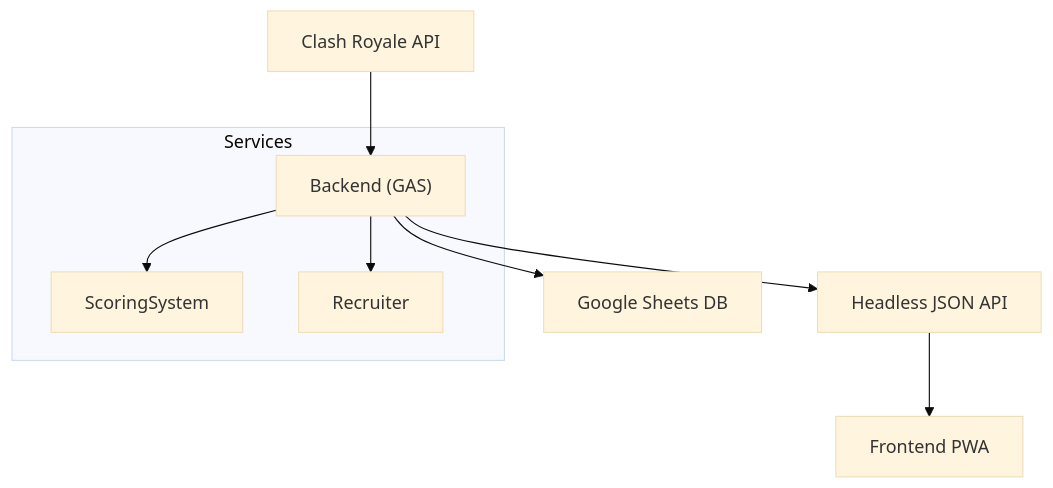
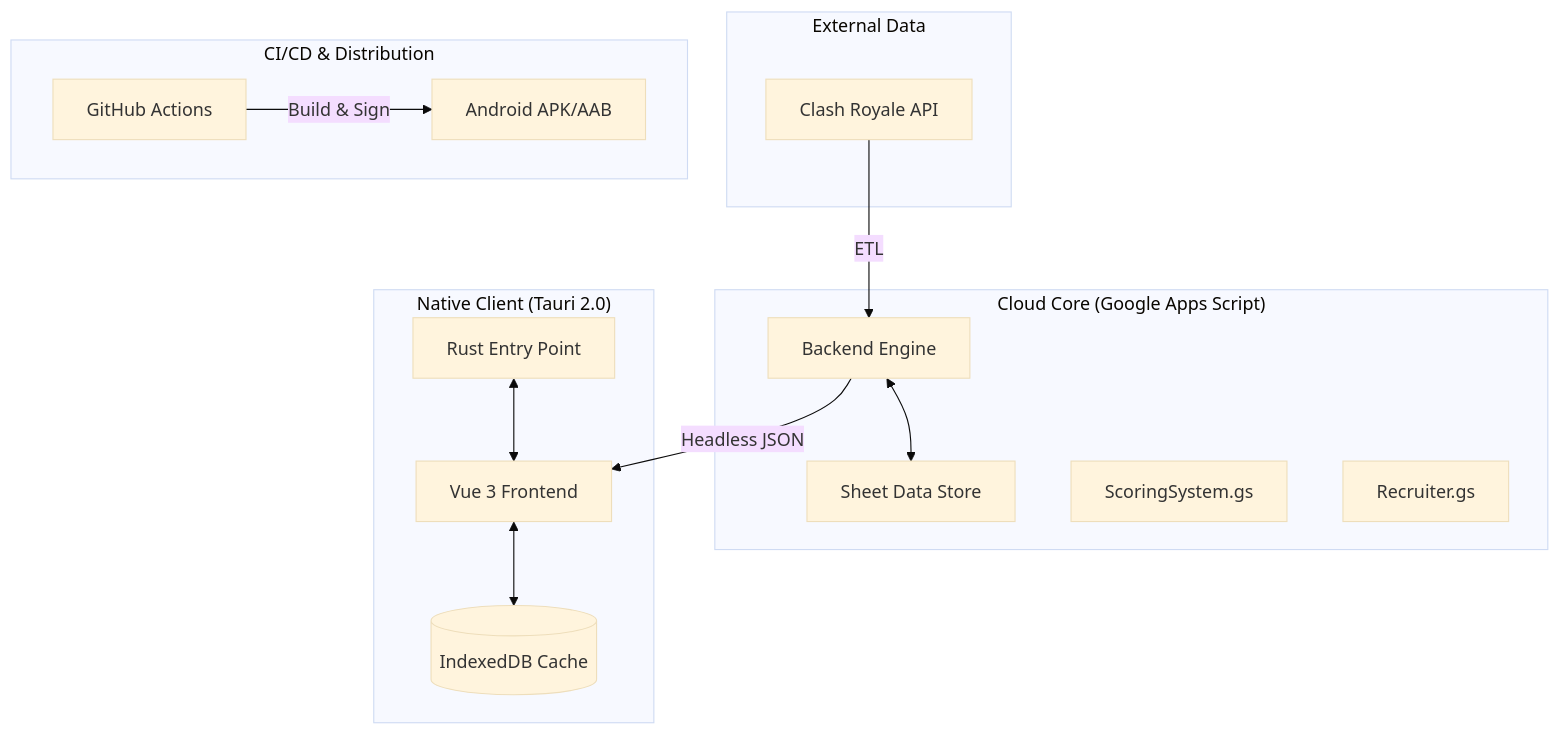
Before and after one commit to AlbiDR/Clash-Manager: the diagram in README.md, drawn with Mermaid (base theme). The commit also changed other lines of this file and 3 other files, not shown here.

````diff
--- a/README.md
+++ b/README.md
@@ -99,12 +13,31 @@
 ```mermaid
 flowchart TD
-  CRAPI["Clash Royale API"] --> GAS["Backend (GAS)"]
-  GAS --> GS["Google Sheets DB"]
-  GAS --> API["Headless JSON API"]
-  API --> PWA["Frontend PWA"]
+    subgraph "External Data"
+        CRAPI["Clash Royale API"]
+    end
 
-  subgraph Services
-    GAS --> Scoring["ScoringSystem"]
-    GAS --> Recruiter["Recruiter"]
-  end
+    subgraph "Cloud Core (Google Apps Script)"
+        GAS["Backend Engine"]
+        GS["Sheet Data Store"]
+        Scoring["ScoringSystem.gs"]
+        Recruiter["Recruiter.gs"]
+    end
+
+    subgraph "Native Client (Tauri 2.0)"
+        RustCore["Rust Entry Point"]
+        VueUI["Vue 3 Frontend"]
+        IDB[(IndexedDB Cache)]
+    end
+
+    subgraph "CI/CD & Distribution"
+        GA["GitHub Actions"]
+        APK["Android APK/AAB"]
+    end
+
+    CRAPI -->|ETL| GAS
+    GAS <--> GS
+    GAS -->|Headless JSON| VueUI
+    VueUI <--> IDB
+    RustCore <--> VueUI
+    GA -->|Build & Sign| APK
 ```
````
